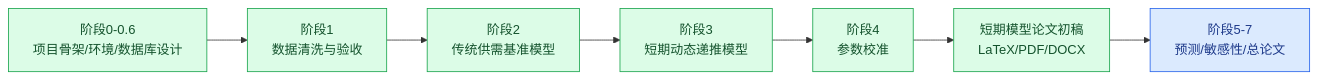
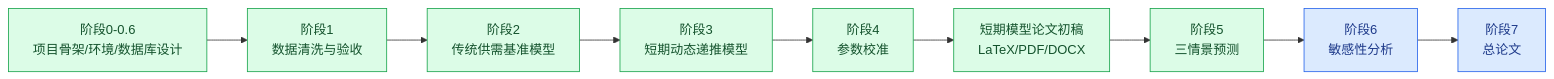
Before and after one commit to Timcai06/-A-: the diagram in STATUS.md, drawn with Mermaid. The commit also changed other lines of this file and 12 other files, not shown here.

````diff
--- a/STATUS.md
+++ b/STATUS.md
@@ -9,20 +9,24 @@
 ```mermaid
 flowchart LR
     S0["阶段0-0.6<br/>项目骨架/环境/数据库设计"] --> S1["阶段1<br/>数据清洗与验收"]
     S1 --> S2["阶段2<br/>传统供需基准模型"]
     S2 --> S3["阶段3<br/>短期动态递推模型"]
     S3 --> S4["阶段4<br/>参数校准"]
     S4 --> P0["短期模型论文初稿<br/>LaTeX/PDF/DOCX"]
-    P0 --> S5["阶段5-7<br/>预测/敏感性/总论文"]
+    P0 --> S5["阶段5<br/>三情景预测"]
+    S5 --> S6["阶段6<br/>敏感性分析"]
+    S6 --> S7["阶段7<br/>总论文"]
 
     S0:::done
     S1:::done
     S2:::done
     S3:::done
     S4:::done
     P0:::done
-    S5:::next
+    S5:::done
+    S6:::next
+    S7:::next
 
     classDef done fill:#dcfce7,stroke:#16a34a,color:#14532d
     classDef next fill:#dbeafe,stroke:#2563eb,color:#1e3a8a
 ```
````
